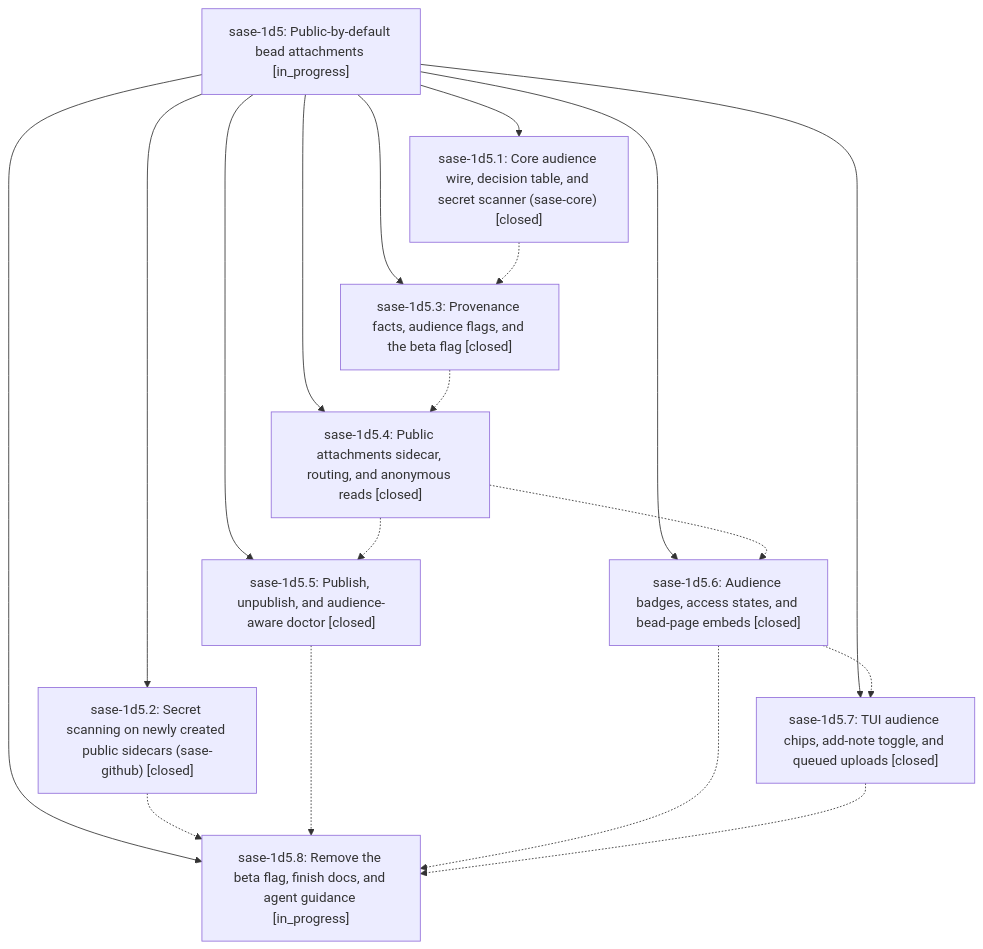
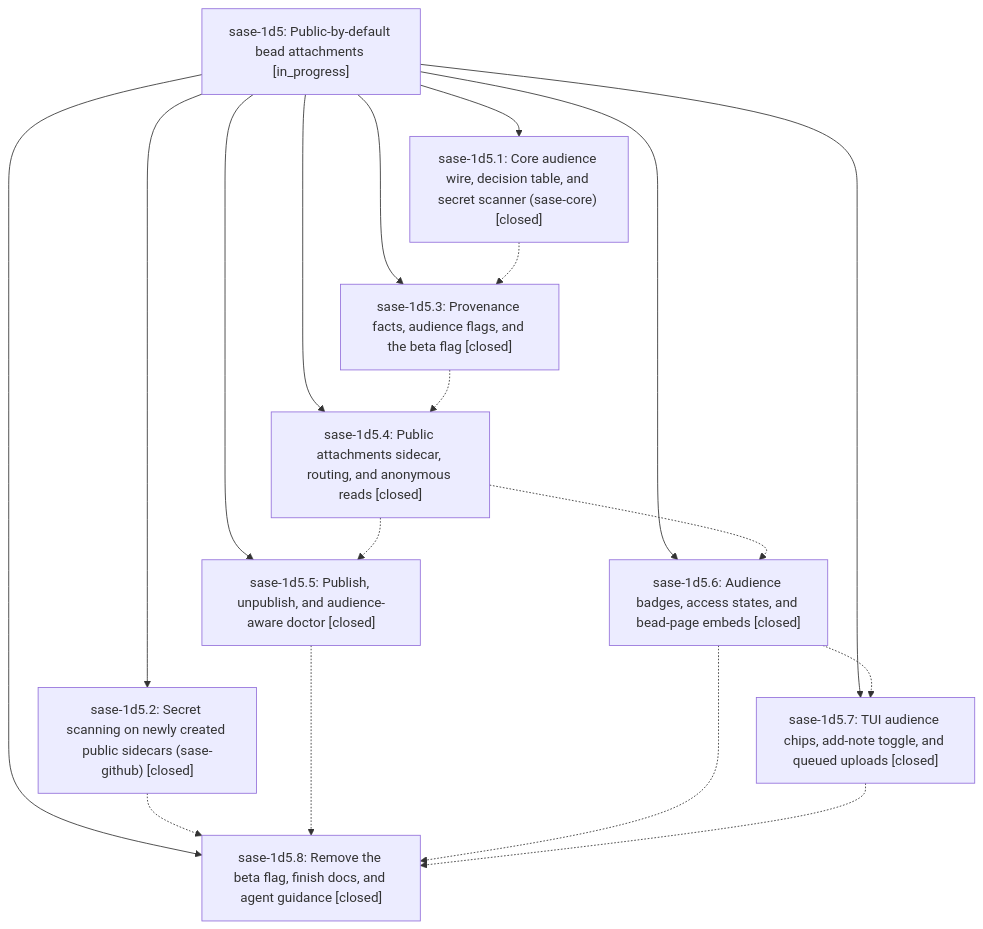
One commit to sase-org/sase--beads changed the diagram in pages/sase-1d5/README.md. Above: the diagram before and after it, drawn with Mermaid. The commit also changed other lines of this file and 5 other files, not shown here.

````diff
--- a/pages/sase-1d5/README.md
+++ b/pages/sase-1d5/README.md
@@ -45,29 +49,29 @@
 ```mermaid
 flowchart TD
     n0["sase-1d5: Public-by-default bead attachments [in_progress]"]
     n1["sase-1d5.1: Core audience wire, decision table, and secret scanner (sase-core) [closed]"]
     n2["sase-1d5.2: Secret scanning on newly created public sidecars (sase-github) [closed]"]
     n3["sase-1d5.3: Provenance facts, audience flags, and the beta flag [closed]"]
     n4["sase-1d5.4: Public attachments sidecar, routing, and anonymous reads [closed]"]
     n5["sase-1d5.5: Publish, unpublish, and audience-aware doctor [closed]"]
     n6["sase-1d5.6: Audience badges, access states, and bead-page embeds [closed]"]
     n7["sase-1d5.7: TUI audience chips, add-note toggle, and queued uploads [closed]"]
-    n8["sase-1d5.8: Remove the beta flag, finish docs, and agent guidance [in_progress]"]
+    n8["sase-1d5.8: Remove the beta flag, finish docs, and agent guidance [closed]"]
     n0 --> n1
     n0 --> n2
     n0 --> n3
     n0 --> n4
     n0 --> n5
     n0 --> n6
     n0 --> n7
     n0 --> n8
     n1 -.-> n3
     n2 -.-> n8
     n3 -.-> n4
     n4 -.-> n5
     n4 -.-> n6
     n5 -.-> n8
     n6 -.-> n7
     n6 -.-> n8
     n7 -.-> n8
 ```
````
